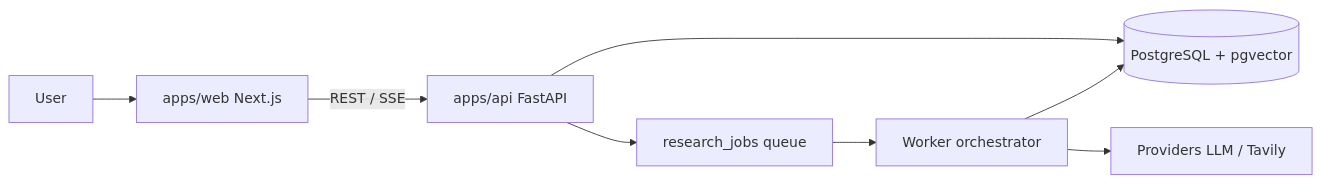
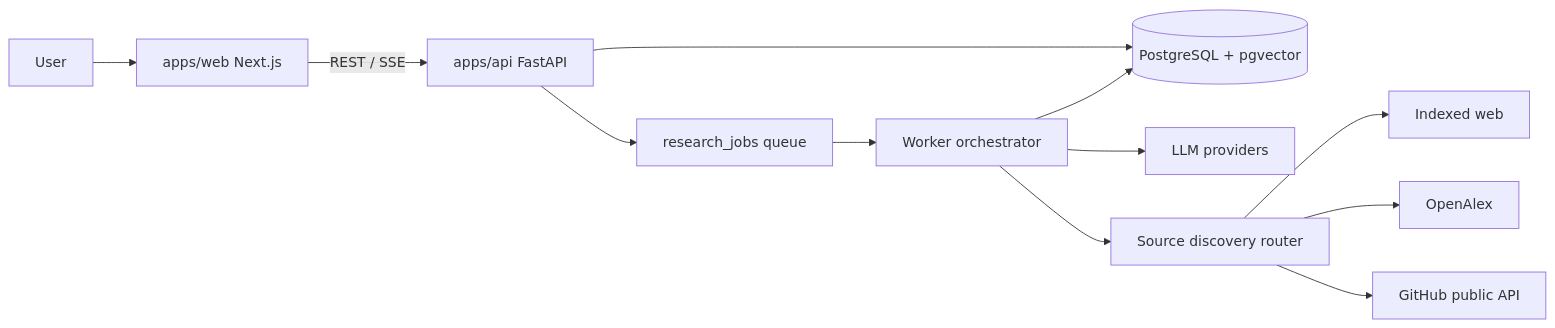
Before and after one commit to AIEngineer0923/DeepScout: the first of 2 diagrams in docs/architecture-overview.md, drawn with Mermaid. The commit also changed other lines of this file and 78 other files, not shown here.

````diff
--- a/docs/architecture-overview.md
+++ b/docs/architecture-overview.md
@@ -7,10 +7,14 @@
 ```mermaid
 flowchart LR
   U[User] --> W[apps/web Next.js]
   W -->|REST / SSE| A[apps/api FastAPI]
   A --> S[(PostgreSQL + pgvector)]
   A --> Q[research_jobs queue]
   Q --> K[Worker orchestrator]
-  K --> P[Providers LLM / Tavily]
+  K --> P[LLM providers]
+  K --> D[Source discovery router]
+  D --> T[Indexed web]
+  D --> O[OpenAlex]
+  D --> G[GitHub public API]
   K --> S
 ```
````
